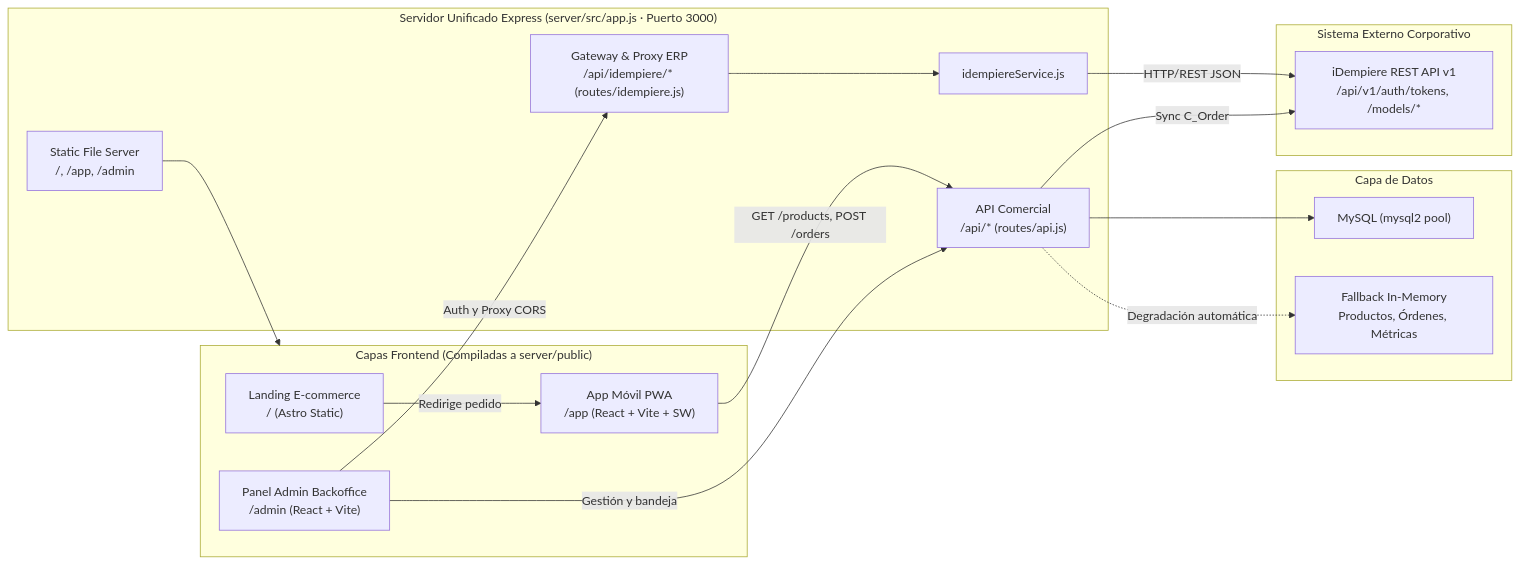
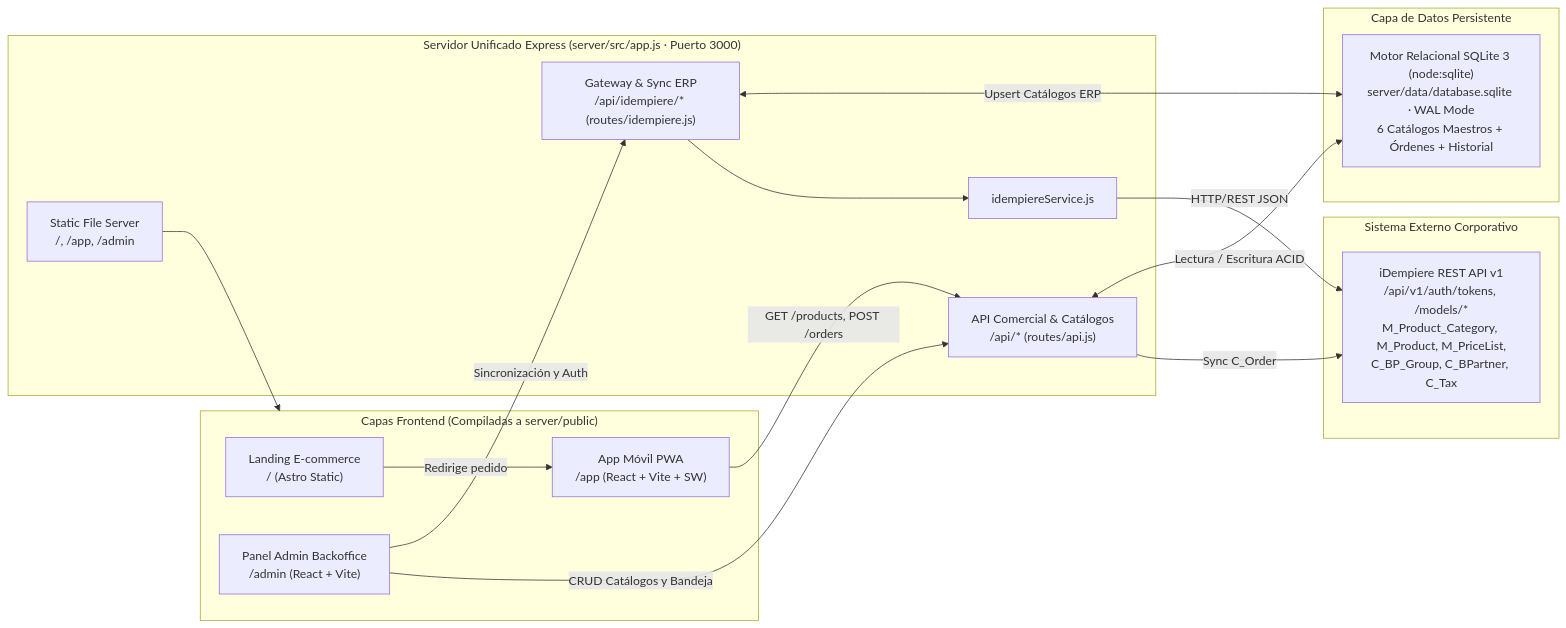
One commit to jorgeijni/scaffold_base changed the diagram in ARCHITECTURE.md. Above: the diagram before and after it, drawn with Mermaid. The commit also changed other lines of this file and 11 other files, not shown here.

Commit message:
feat: migracion a SQLite para produccion y modulo de 6 catalogos maestros ERP

````diff
--- a/ARCHITECTURE.md
+++ b/ARCHITECTURE.md
@@ -11,35 +11,34 @@
 ```mermaid
 flowchart LR
   subgraph Clientes["Capas Frontend (Compiladas a server/public)"]
     E["Landing E-commerce\n/ (Astro Static)"]
     P["App Móvil PWA\n/app (React + Vite + SW)"]
     A["Panel Admin Backoffice\n/admin (React + Vite)"]
   end
 
   subgraph Backend["Servidor Unificado Express (server/src/app.js · Puerto 3000)"]
     STATIC["Static File Server\n/, /app, /admin"]
-    API["API Comercial\n/api/* (routes/api.js)"]
-    GW["Gateway & Proxy ERP\n/api/idempiere/* (routes/idempiere.js)"]
+    API["API Comercial & Catálogos\n/api/* (routes/api.js)"]
+    GW["Gateway & Sync ERP\n/api/idempiere/* (routes/idempiere.js)"]
     SVC["idempiereService.js"]
   end
 
-  subgraph Data["Capa de Datos"]
-    MYSQL["MySQL (mysql2 pool)"]
-    MEM["Fallback In-Memory\nProductos, Órdenes, Métricas"]
+  subgraph Data["Capa de Datos Persistente"]
+    SQLITE["Motor Relacional SQLite 3 (node:sqlite)\nserver/data/database.sqlite · WAL Mode\n6 Catálogos Maestros + Órdenes + Historial"]
   end
 
   subgraph External["Sistema Externo Corporativo"]
-    ERP["iDempiere REST API v1\n/api/v1/auth/tokens, /models/*"]
+    ERP["iDempiere REST API v1\n/api/v1/auth/tokens, /models/*\nM_Product_Category, M_Product, M_PriceList,\nC_BP_Group, C_BPartner, C_Tax"]
   end
 
   E -->|Redirige pedido| P
   P -->|GET /products, POST /orders| API
-  A -->|Gestión y bandeja| API
-  A -->|Auth y Proxy CORS| GW
+  A -->|CRUD Catálogos y Bandeja| API
+  A -->|Sincronización y Auth| GW
   GW --> SVC
   SVC -->|HTTP/REST JSON| ERP
   API -->|Sync C_Order| ERP
-  API --> MYSQL
-  API -.->|Degradación automática| MEM
+  API <-->|Lectura / Escritura ACID| SQLITE
+  GW <-->|Upsert Catálogos ERP| SQLITE
   STATIC --> Clientes
 ```
````
